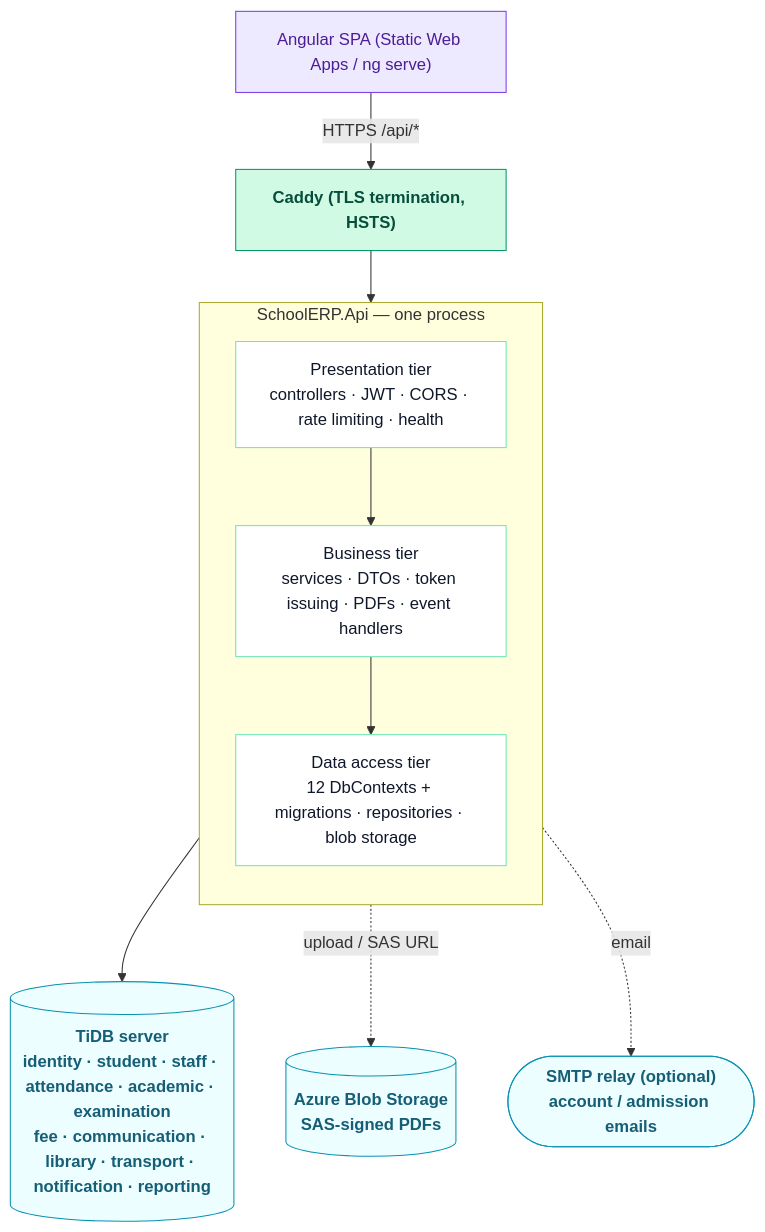
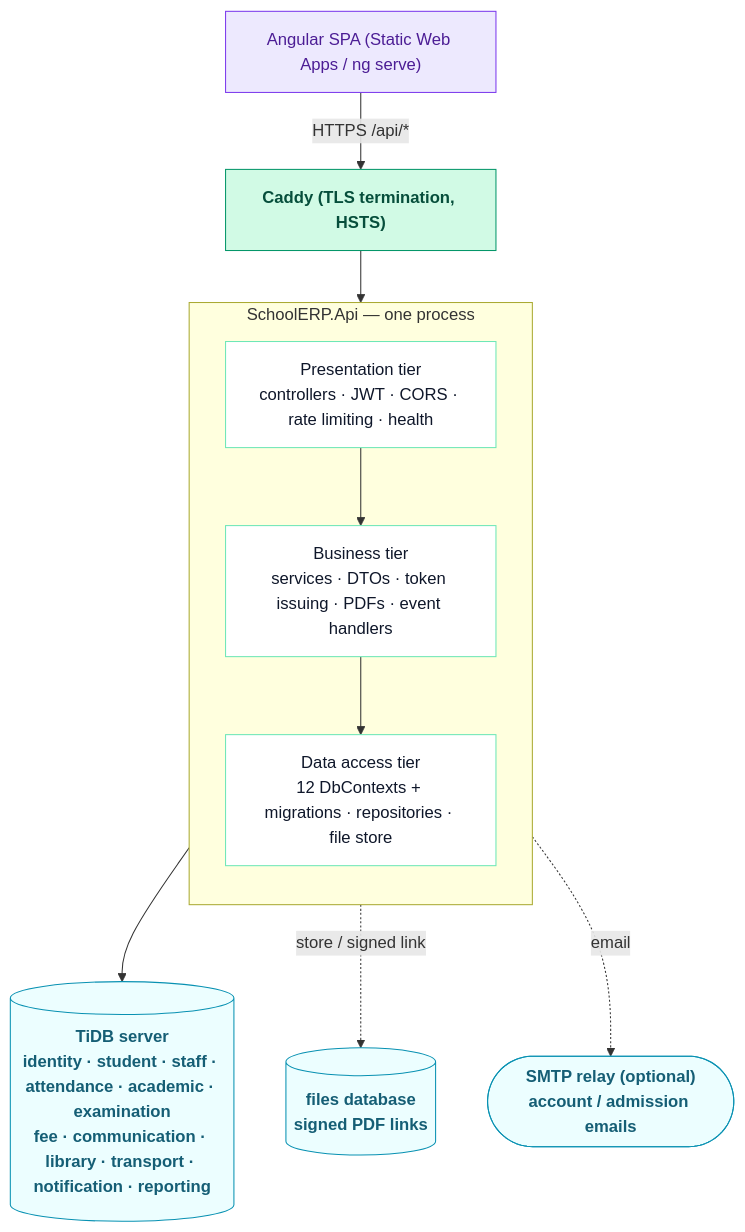
Before and after one commit to ojas2005/GKMPS-School-portal: the first of 17 diagrams in ARCHITECTURE.md, drawn with Mermaid. The commit also changed other lines of this file and 3 other files, not shown here.

````diff
--- a/ARCHITECTURE.md
+++ b/ARCHITECTURE.md
@@ -26,25 +26,25 @@
 ```mermaid
 flowchart TB
   SPA["Angular SPA (Static Web Apps / ng serve)"]:::client
   CAD["Caddy (TLS termination, HSTS)"]:::edge
   subgraph APP["SchoolERP.Api — one process"]
     direction TB
     API["Presentation tier<br/>controllers · JWT · CORS · rate limiting · health"]:::tier
     BIZ["Business tier<br/>services · DTOs · token issuing · PDFs · event handlers"]:::tier
-    DAL["Data access tier<br/>12 DbContexts + migrations · repositories · blob storage"]:::tier
+    DAL["Data access tier<br/>12 DbContexts + migrations · repositories · file store"]:::tier
     API --> BIZ --> DAL
   end
   DB[("TiDB server<br/>identity · student · staff · attendance · academic · examination<br/>fee · communication · library · transport · notification · reporting")]:::infra
-  BLOB[("Azure Blob Storage<br/>SAS-signed PDFs")]:::infra
+  BLOB[("files database<br/>signed PDF links")]:::infra
   SMTP(["SMTP relay (optional)<br/>account / admission emails"]):::infra
 
   SPA -->|"HTTPS /api/*"| CAD --> API
   DAL --> DB
-  DAL -. upload / SAS URL .-> BLOB
+  DAL -. store / signed link .-> BLOB
   BIZ -. email .-> SMTP
 
   classDef client fill:#ede9fe,stroke:#7c3aed,color:#4c1d95;
   classDef edge fill:#d1fae5,stroke:#059669,color:#064e3b,font-weight:bold;
   classDef tier fill:#ffffff,stroke:#6ee7b7,color:#0f172a;
   classDef infra fill:#ecfeff,stroke:#0891b2,color:#155e75,font-weight:bold;
 ```
````
